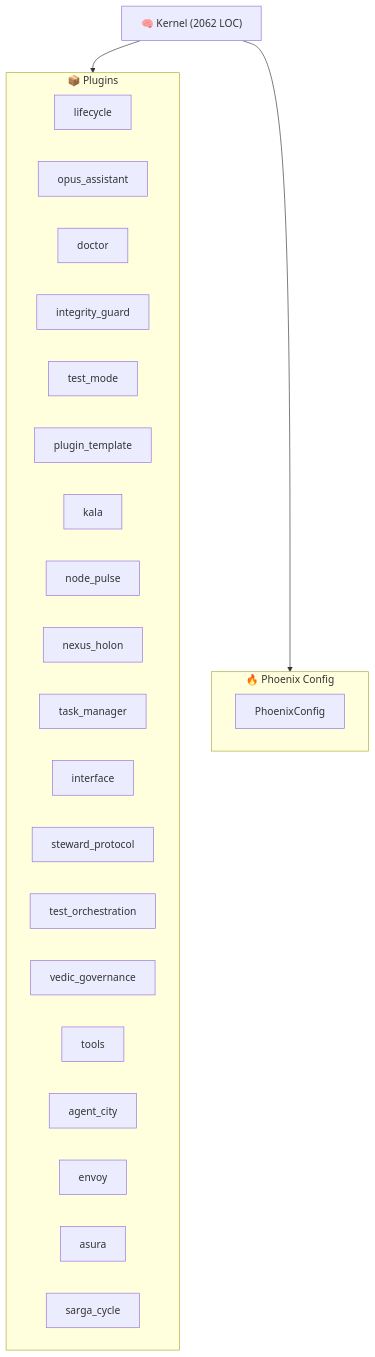
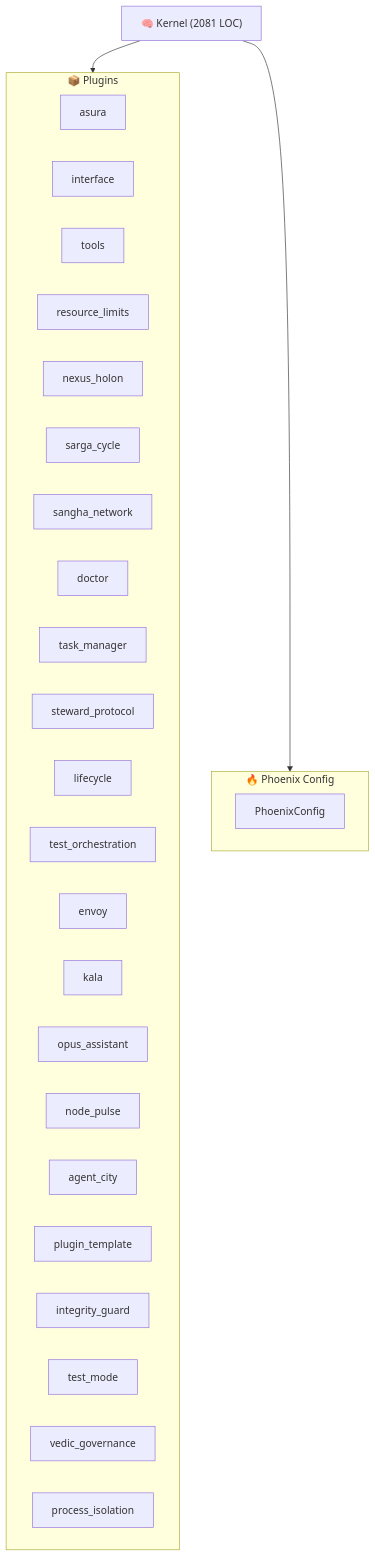
The diagram in ARCHITECTURE.md (kimeisele/steward-protocol), drawn with Mermaid before and after one commit. The commit also changed other lines of this file and 16 other files, not shown here.

````diff
--- a/ARCHITECTURE.md
+++ b/ARCHITECTURE.md
@@ -8,30 +8,33 @@
 ```mermaid
 graph TB
-    K["🧠 Kernel (2062 LOC)"]
+    K["🧠 Kernel (2081 LOC)"]
     subgraph Plugins["📦 Plugins"]
+        P_asura["asura"]
+        P_interface["interface"]
+        P_tools["tools"]
+        P_resource_limits["resource_limits"]
+        P_nexus_holon["nexus_holon"]
+        P_sarga_cycle["sarga_cycle"]
+        P_sangha_network["sangha_network"]
+        P_doctor["doctor"]
+        P_task_manager["task_manager"]
+        P_steward_protocol["steward_protocol"]
         P_lifecycle["lifecycle"]
+        P_test_orchestration["test_orchestration"]
+        P_envoy["envoy"]
+        P_kala["kala"]
         P_opus_assistant["opus_assistant"]
-        P_doctor["doctor"]
+        P_node_pulse["node_pulse"]
+        P_agent_city["agent_city"]
+        P_plugin_template["plugin_template"]
         P_integrity_guard["integrity_guard"]
         P_test_mode["test_mode"]
-        P_plugin_template["plugin_template"]
-        P_kala["kala"]
-        P_node_pulse["node_pulse"]
-        P_nexus_holon["nexus_holon"]
-        P_task_manager["task_manager"]
-        P_interface["interface"]
-        P_steward_protocol["steward_protocol"]
-        P_test_orchestration["test_orchestration"]
         P_vedic_governance["vedic_governance"]
-        P_tools["tools"]
-        P_agent_city["agent_city"]
-        P_envoy["envoy"]
-        P_asura["asura"]
-        P_sarga_cycle["sarga_cycle"]
+        P_process_isolation["process_isolation"]
     end
     K --> Plugins
     subgraph Config["🔥 Phoenix Config"]
         PC[PhoenixConfig]
     end
     K --> Config
 ```
````
